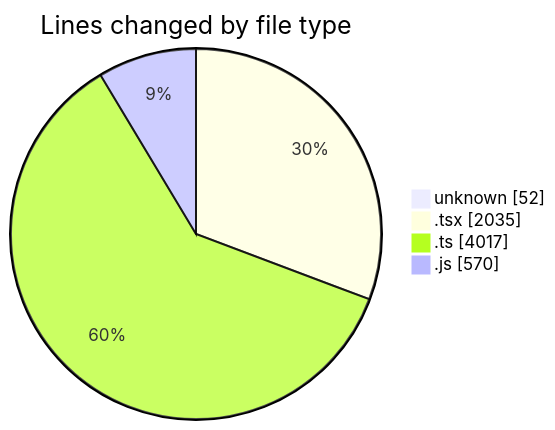
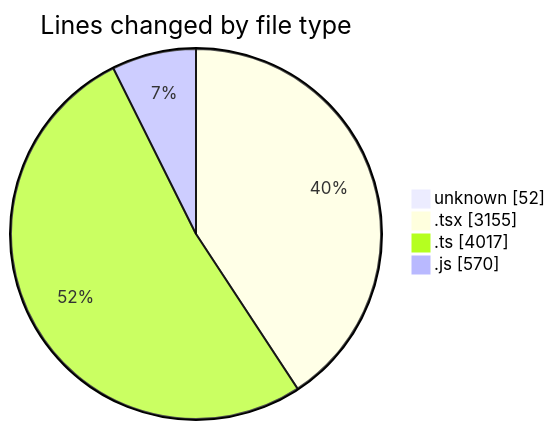
One commit to CELIANVF/code-tracking changed the first of 2 diagrams in 2025-06-02/ecodeli-1/README.md. Above: the diagram before and after it, drawn with Mermaid. The commit also changed other lines of this file and 1 other file, not shown here.

````diff
--- a/2025-06-02/ecodeli-1/README.md
+++ b/2025-06-02/ecodeli-1/README.md
@@ -59,8 +59,8 @@
 ```mermaid
 pie showData
 title Lines changed by file type
 "unknown" : 52
-".tsx" : 2035
+".tsx" : 3155
 ".ts" : 4017
 ".js" : 570
 ```
````
